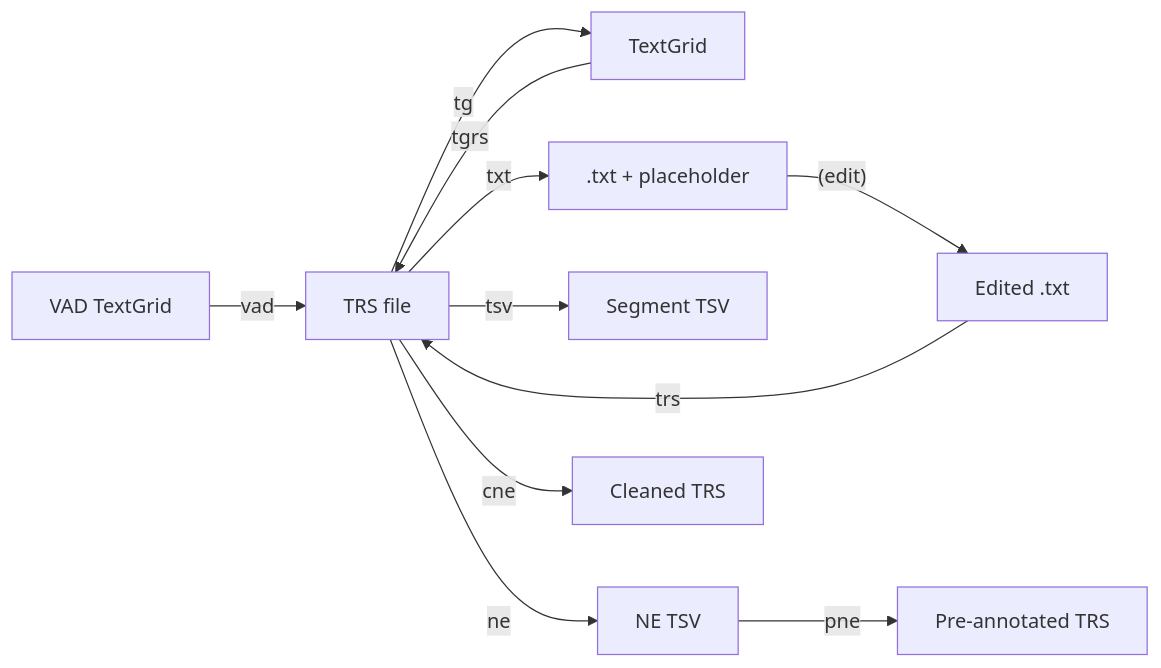
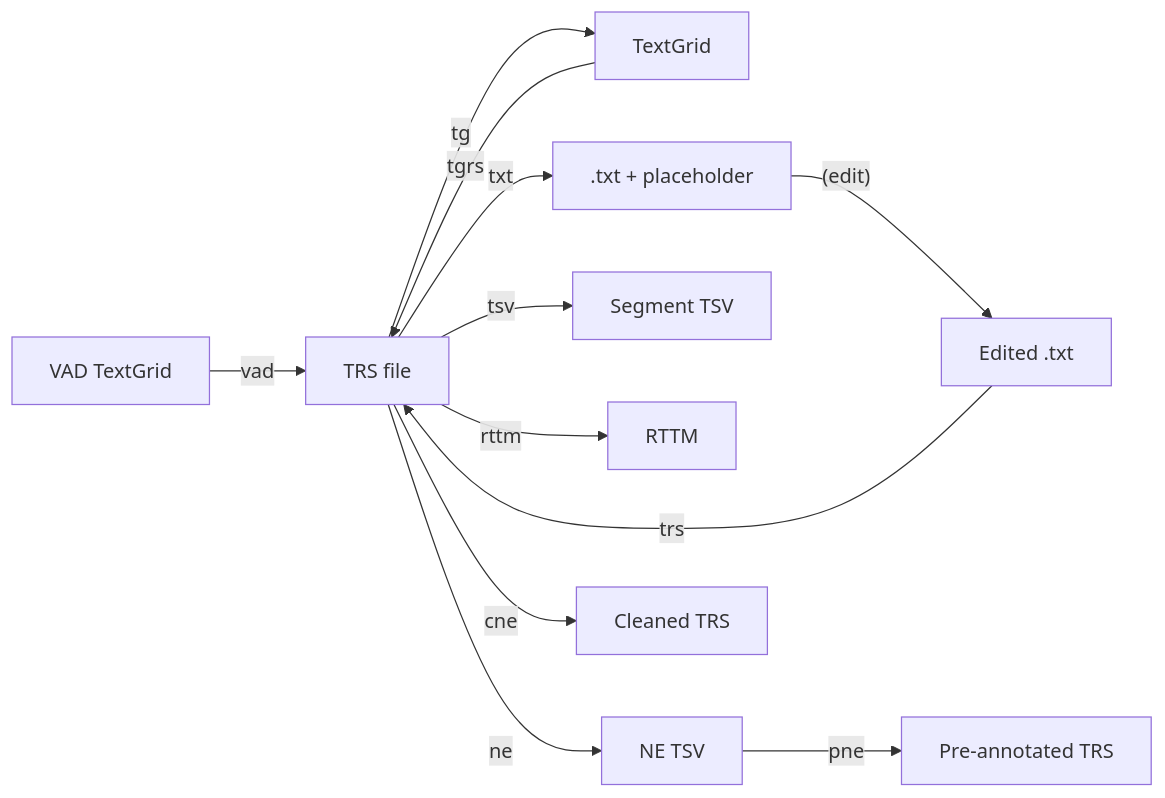
Before and after one commit to ELDAELRA/trsproc: the first of 2 diagrams in docs/conversion-guide.md, drawn with Mermaid. The commit also changed other lines of this file and 2 other files, not shown here.

First line of the commit message:
Add rttm conversion documentation

````diff
--- a/docs/conversion-guide.md
+++ b/docs/conversion-guide.md
@@ -7,17 +7,18 @@
 ```mermaid
 flowchart LR
     TRS["TRS file"]
 
     TRS -->|"tg"| TG["TextGrid"]
     TG -->|"tgrs"| TRS
     VAD["VAD TextGrid"] -->|"vad"| TRS
 
     TRS -->|"txt"| TXT[".txt + placeholder"]
     TXT -->|"(edit)"| EDIT["Edited .txt"]
     EDIT -->|"trs"| TRS
 
     TRS -->|"tsv"| TSV["Segment TSV"]
+    TRS -->|"rttm"| RTTM["RTTM"]
     TRS -->|"ne"| NE["NE TSV"]
     NE -->|"pne"| TRS2["Pre-annotated TRS"]
     TRS -->|"cne"| CLEAN["Cleaned TRS"]
 ```
````
